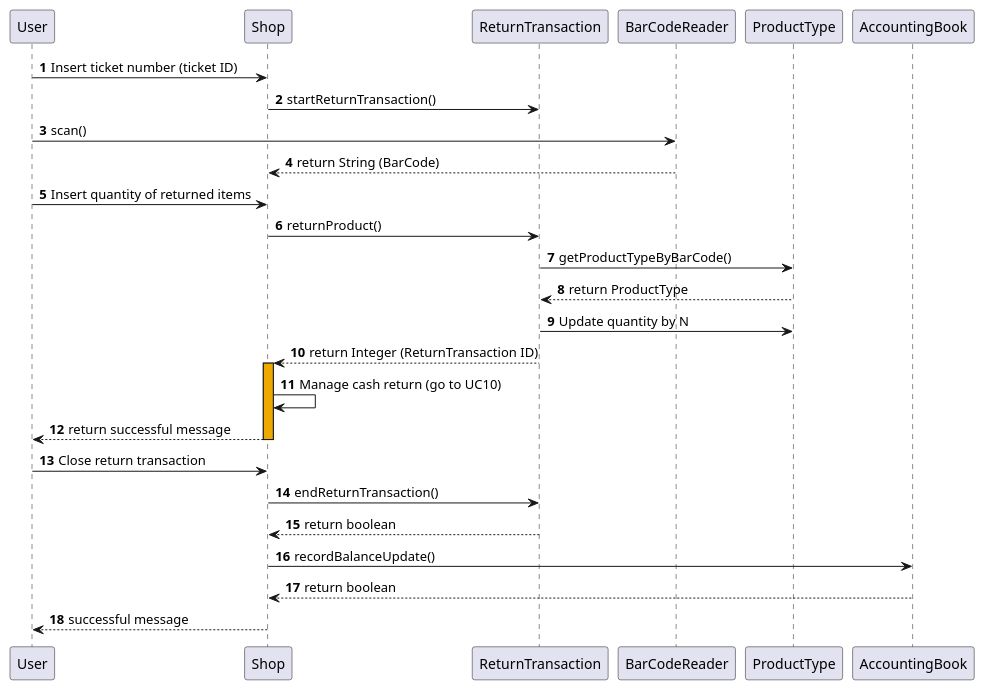
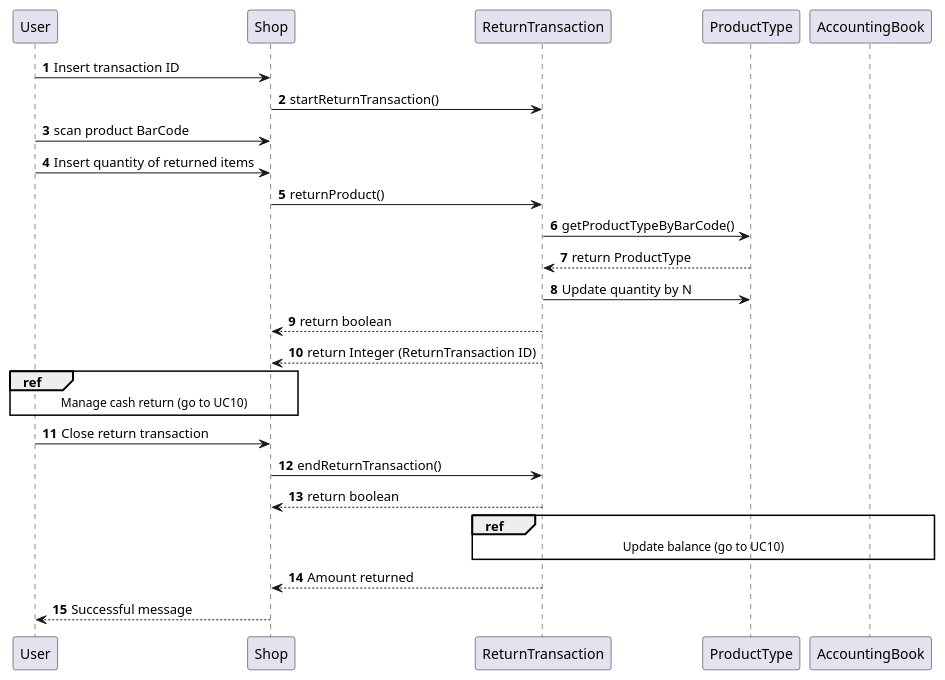
Before and after one commit to Stormz4/group20-EzShop: diagram 18 of 21 in Deliverables/DesignDocument.md, drawn with PlantUML. The commit also changed other lines of this file, not shown here.

````diff
--- a/Deliverables/DesignDocument.md
+++ b/Deliverables/DesignDocument.md
@@ -603,25 +594,28 @@
 ```plantuml
 @startuml
 autonumber
-User -> Shop: Insert ticket number (ticket ID)
+User -> Shop: Insert transaction ID
 Shop -> ReturnTransaction: startReturnTransaction()
-User -> BarCodeReader: scan()
-BarCodeReader --> Shop: return String (BarCode)
+User -> Shop: scan product BarCode
 User -> Shop: Insert quantity of returned items
 Shop -> ReturnTransaction: returnProduct()
 ReturnTransaction -> ProductType: getProductTypeByBarCode()
 ProductType --> ReturnTransaction: return ProductType
 ReturnTransaction -> ProductType: Update quantity by N
+ReturnTransaction --> Shop: return boolean
 ReturnTransaction --> Shop: return Integer (ReturnTransaction ID)
-activate Shop #EEA900
-Shop -> Shop: Manage cash return (go to UC10)
-Shop --> User: return successful message
-deactivate Shop
+ref over Shop, User
+Manage cash return (go to UC10)
+end ref
 User -> Shop: Close return transaction
 Shop -> ReturnTransaction: endReturnTransaction()
 ReturnTransaction --> Shop: return boolean
-Shop -> AccountingBook: recordBalanceUpdate()
-AccountingBook --> Shop: return boolean
-Shop --> User: successful message 
+
+ref over ReturnTransaction, AccountingBook
+Update balance (go to UC10)
+end ref
+
+ReturnTransaction --> Shop: Amount returned
+Shop --> User: Successful message
 @enduml
 ```
````
